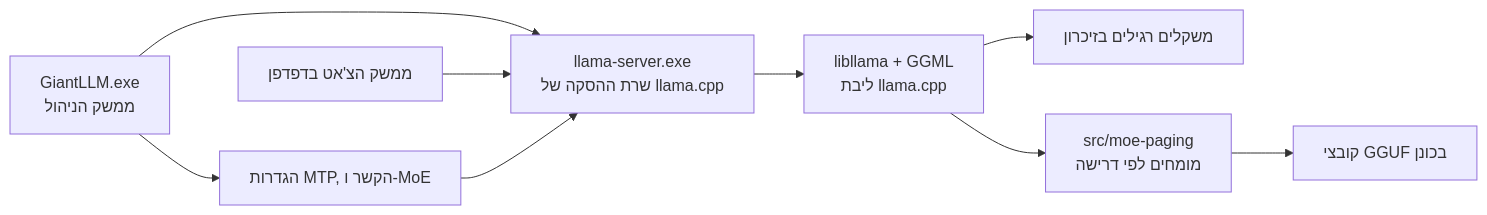
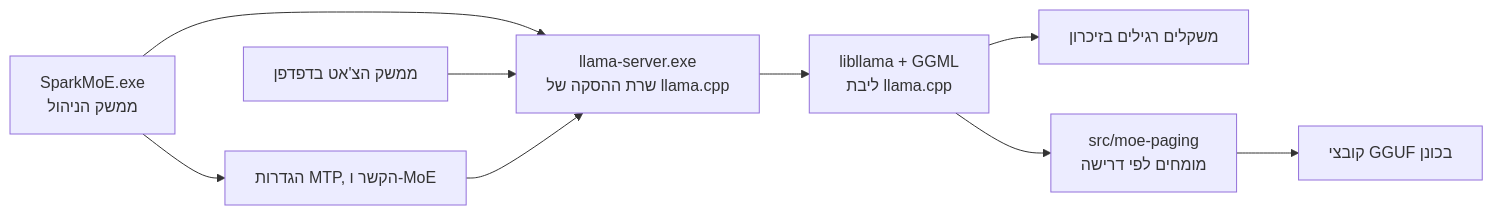
The diagram in docs/PROJECT_MAP.md (menachem-dadon/Spark-Edge), drawn with Mermaid before and after one commit. The commit also changed other lines of this file and 80 other files, not shown here.

````diff
--- a/docs/PROJECT_MAP.md
+++ b/docs/PROJECT_MAP.md
@@ -19,11 +19,11 @@
 ```mermaid
 flowchart LR
-    A["GiantLLM.exe<br/>ממשק הניהול"] --> B["llama-server.exe<br/>שרת ההסקה של llama.cpp"]
+    A["SparkMoE.exe<br/>ממשק הניהול"] --> B["llama-server.exe<br/>שרת ההסקה של llama.cpp"]
     C["ממשק הצ'אט בדפדפן"] --> B
     A --> D["הגדרות MTP, הקשר ו-MoE"]
     D --> B
     B --> E["libllama + GGML<br/>ליבת llama.cpp"]
     E --> F["משקלים רגילים בזיכרון"]
     E --> G["src/moe-paging<br/>מומחים לפי דרישה"]
     G --> H["קובצי GGUF בכונן"]
 ```
````
